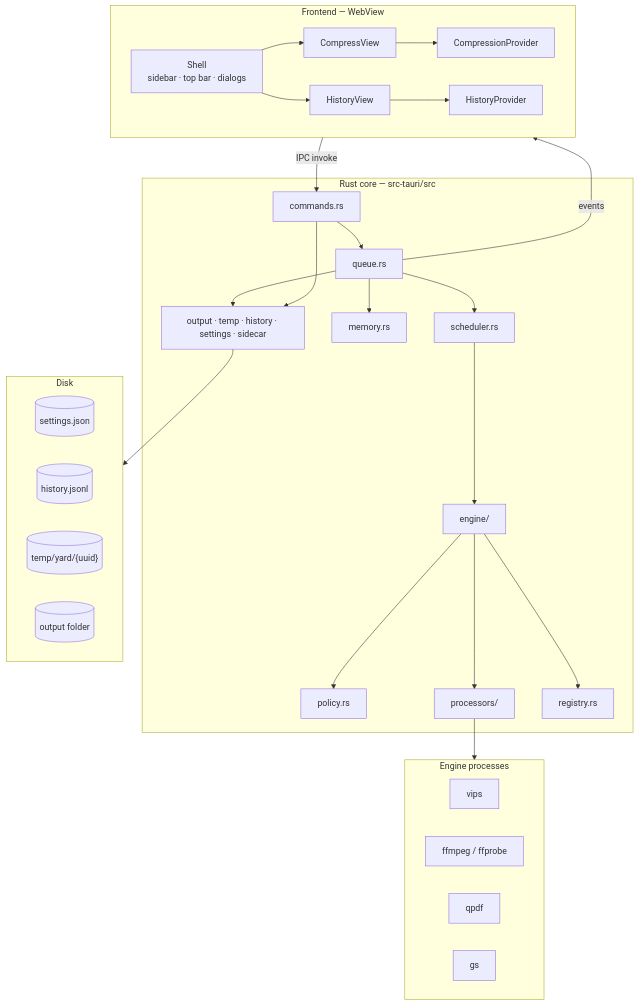
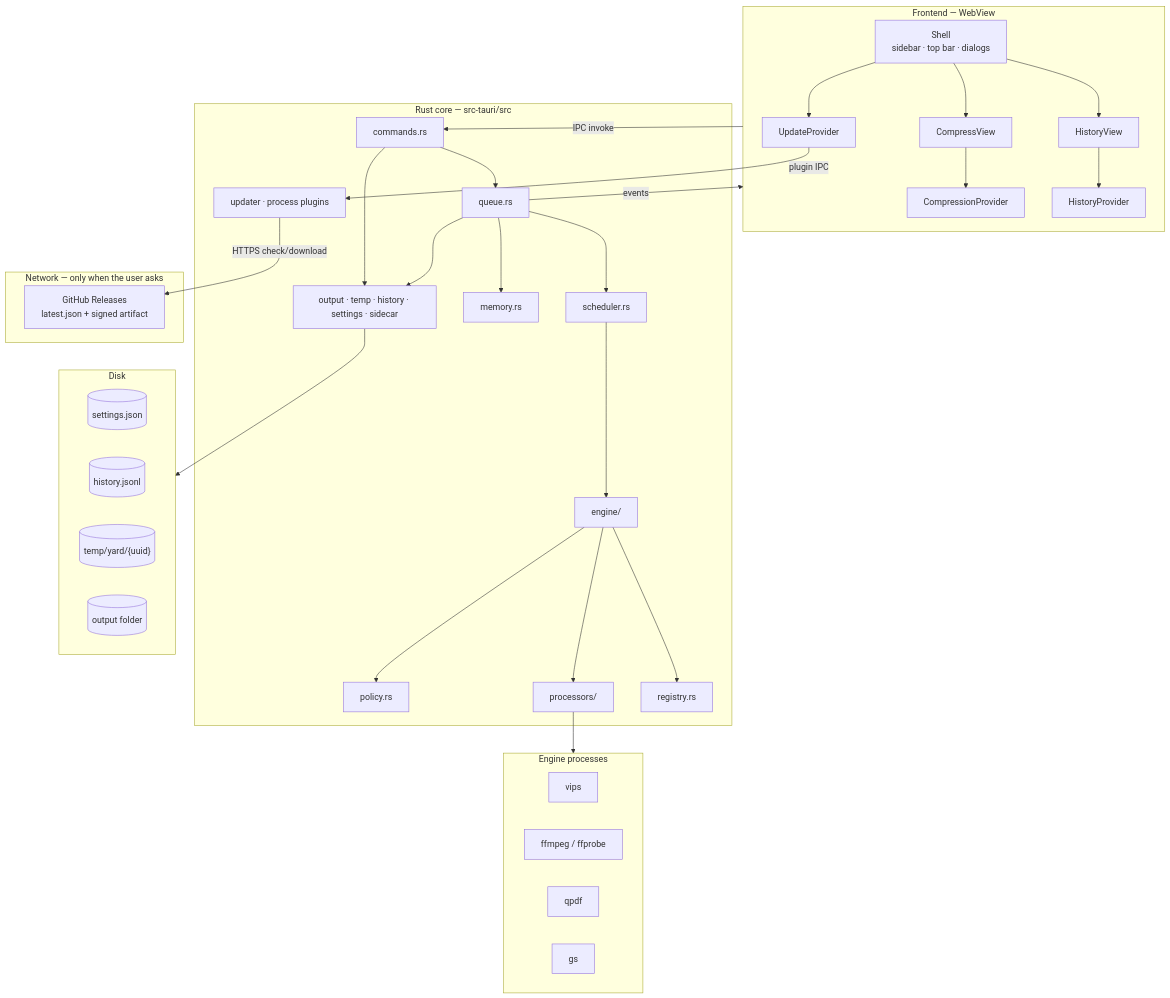
One commit to initgrep-apps/yard changed the first of 2 diagrams in docs/ARCHITECTURE.md. Above: the diagram before and after it, drawn with Mermaid. The commit also changed other lines of this file and 33 other files, not shown here.

First line of the commit message:
feat(updater): add manual signed updates (#236)

````diff
--- a/docs/ARCHITECTURE.md
+++ b/docs/ARCHITECTURE.md
@@ -26,54 +26,63 @@
 ```mermaid
 flowchart TB
     subgraph FE["Frontend — WebView"]
         SHELL["Shell<br/>sidebar · top bar · dialogs"]
         CV["CompressView"]
         HV["HistoryView"]
         CP["CompressionProvider"]
         HP["HistoryProvider"]
+        UP["UpdateProvider"]
         SHELL --> CV
         SHELL --> HV
+        SHELL --> UP
         CV --> CP
         HV --> HP
     end
 
     subgraph CORE["Rust core — src-tauri/src"]
         CMD["commands.rs"]
         Q["queue.rs"]
         SCH["scheduler.rs"]
         MEM["memory.rs"]
         POL["policy.rs"]
         ENG["engine/"]
         PROC["processors/"]
         REG["registry.rs"]
         IO["output · temp · history · settings · sidecar"]
+        UPD["updater · process plugins"]
     end
 
     subgraph DISK["Disk"]
         SET[("settings.json")]
         HIST[("history.jsonl")]
         TMP[("temp/yard/{uuid}")]
         OUT[("output folder")]
     end
 
     subgraph BIN["Engine processes"]
         VIPS[vips]
         FF[ffmpeg / ffprobe]
         QPDF[qpdf]
         GS[gs]
     end
 
+    subgraph NET["Network — only when the user asks"]
+        GH["GitHub Releases<br/>latest.json + signed artifact"]
+    end
+
     FE -- "IPC invoke" --> CMD
+    UP -- "plugin IPC" --> UPD
+    UPD -- "HTTPS check/download" --> GH
     CMD --> Q
     Q --> SCH
     SCH --> ENG
     ENG --> PROC
     ENG --> POL
     ENG --> REG
     PROC --> BIN
     Q --> MEM
     Q --> IO
     CMD --> IO
     IO --> DISK
     Q -- "events" --> FE
 ```
````
